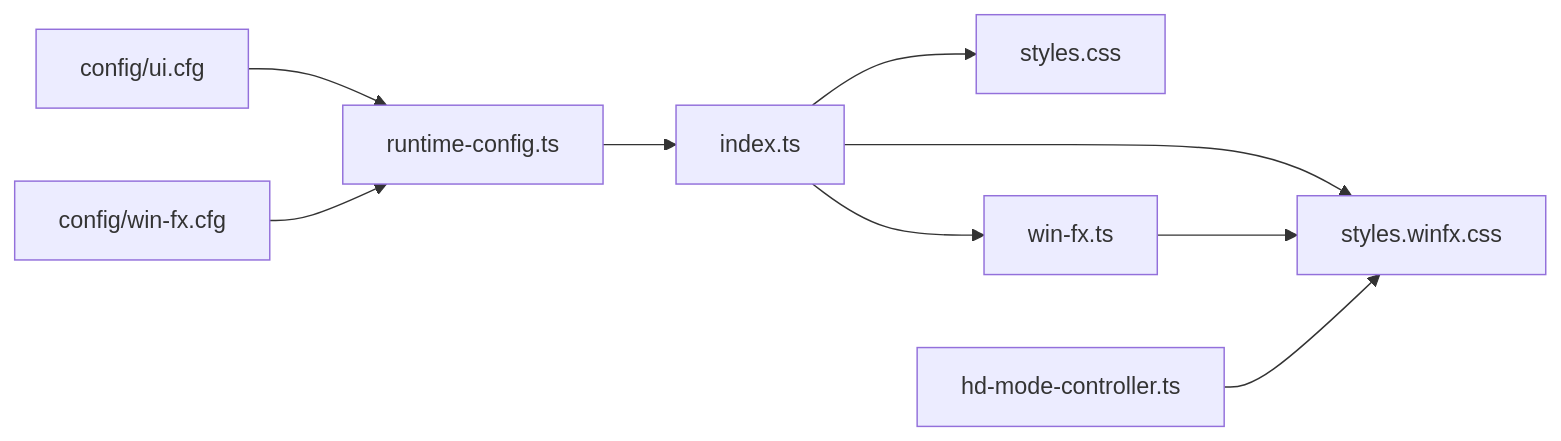
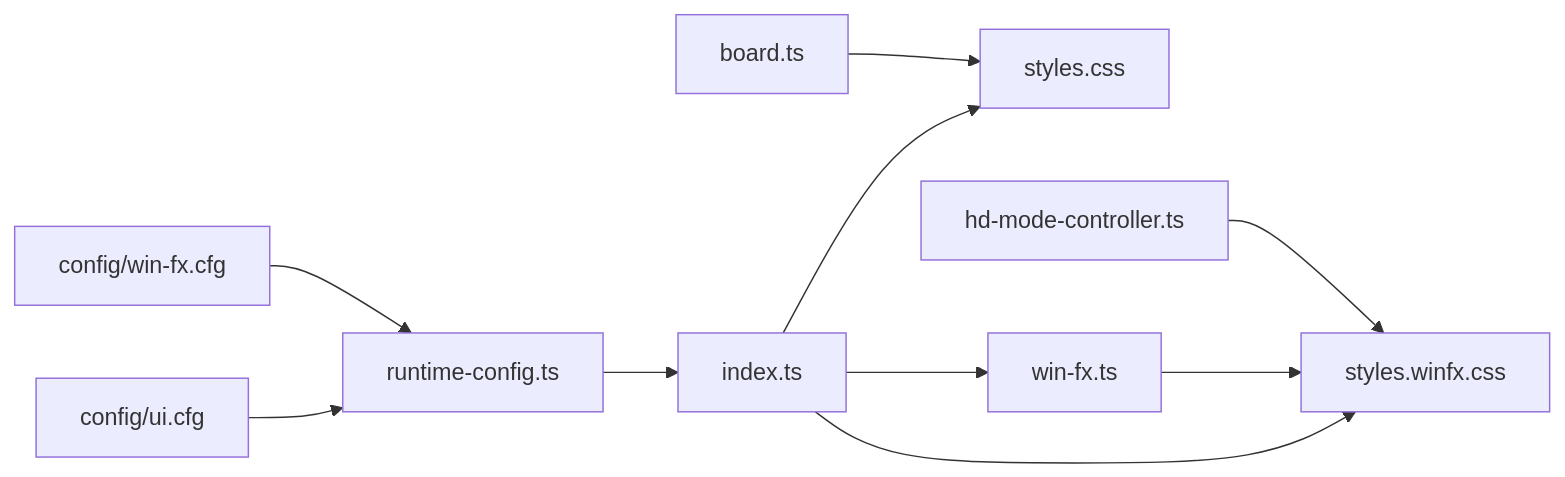
One commit to satyrlord/mb changed the fourth of 4 diagrams in .qoder/repowiki/en/content/Visual Effects System/CSS Styling and Animation Framework.md. Above: the diagram before and after it, drawn with Mermaid. The commit also changed other lines of this file and 26 other files, not shown here.

````diff
--- a/.qoder/repowiki/en/content/Visual Effects System/CSS Styling and Animation Framework.md
+++ b/.qoder/repowiki/en/content/Visual Effects System/CSS Styling and Animation Framework.md
@@ -242,11 +299,12 @@
 ```mermaid
 graph LR
 RC["runtime-config.ts"] --> IDX["index.ts"]
 UI["config/ui.cfg"] --> RC
 WF["config/win-fx.cfg"] --> RC
 IDX --> CSS1["styles.css"]
 IDX --> CSS2["styles.winfx.css"]
 IDX --> FX["win-fx.ts"]
 FX --> CSS2
+BOARD["board.ts"] --> CSS1
 HD["hd-mode-controller.ts"] --> CSS2
 ```
````
